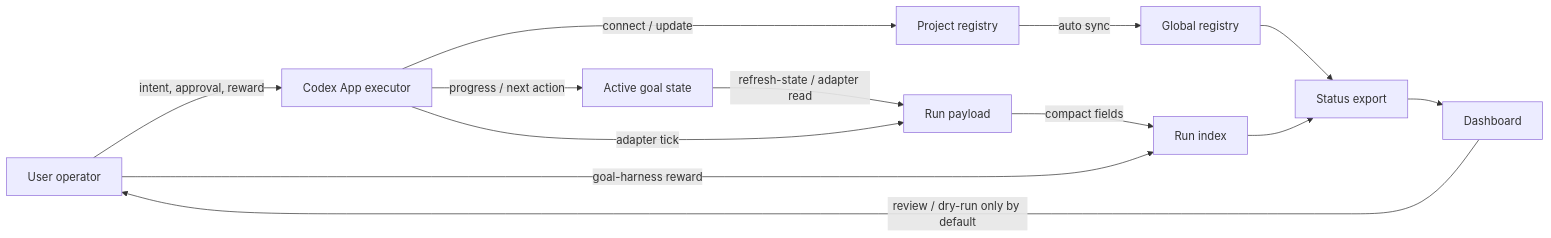
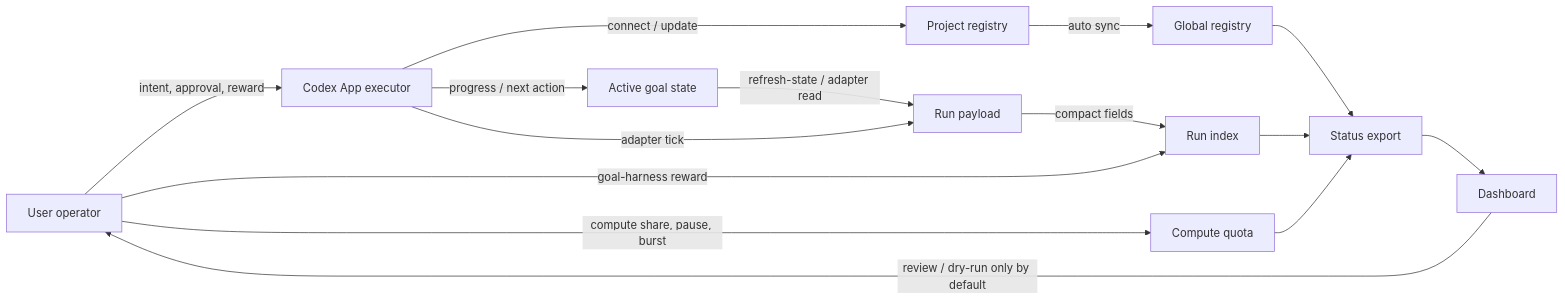
One commit to huangruiteng/goal-harness changed the diagram in docs/state-interaction-model.md. Above: the diagram before and after it, drawn with Mermaid. The commit also changed other lines of this file and 7 other files, not shown here.

Commit message:
Define compute quota model

````diff
--- a/docs/state-interaction-model.md
+++ b/docs/state-interaction-model.md
@@ -109,15 +114,17 @@
 ```mermaid
 flowchart LR
   User["User operator"] -->|"intent, approval, reward"| Executor["Codex App executor"]
   Executor -->|"connect / update"| Registry["Project registry"]
   Executor -->|"progress / next action"| ActiveState["Active goal state"]
   Registry -->|"auto sync"| GlobalRegistry["Global registry"]
   ActiveState -->|"refresh-state / adapter read"| RunPayload["Run payload"]
   Executor -->|"adapter tick"| RunPayload
   RunPayload -->|"compact fields"| RunIndex["Run index"]
   User -->|"goal-harness reward"| RunIndex
+  User -->|"compute share, pause, burst"| Quota["Compute quota"]
   GlobalRegistry --> Status["Status export"]
   RunIndex --> Status
+  Quota --> Status
   Status --> Dashboard["Dashboard"]
   Dashboard -->|"review / dry-run only by default"| User
 ```
````
